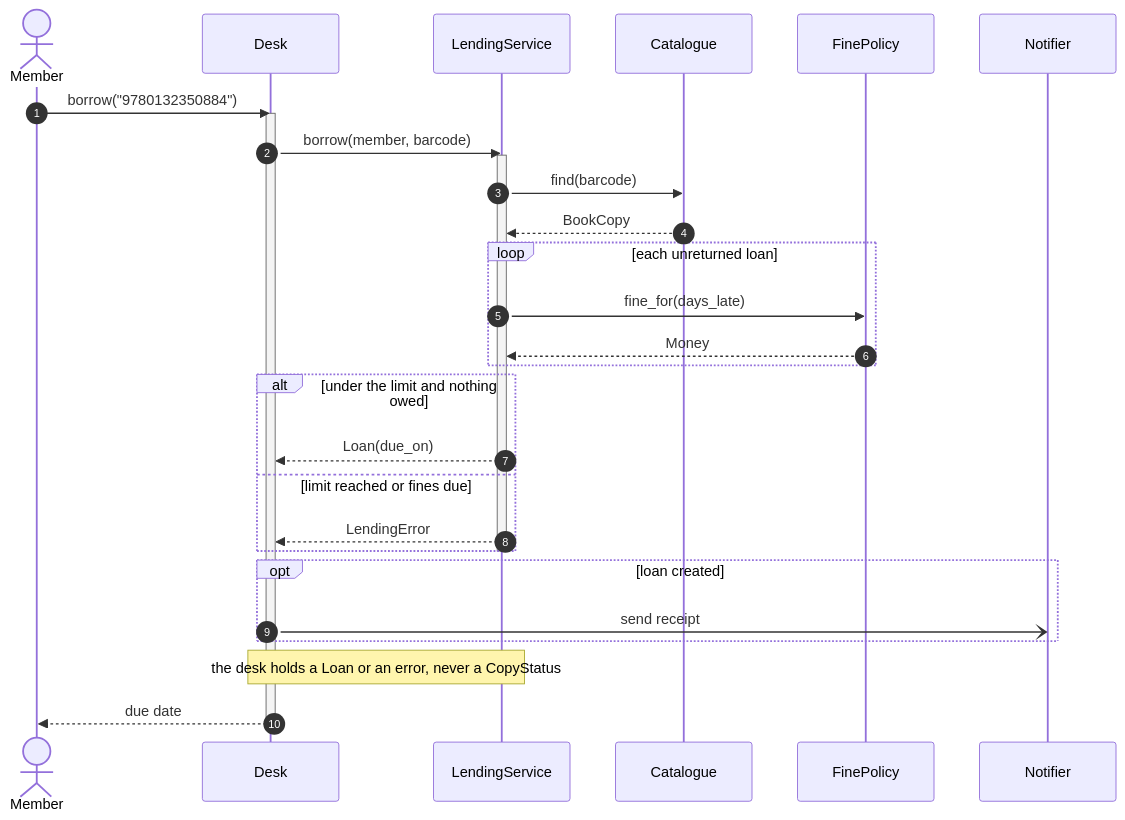
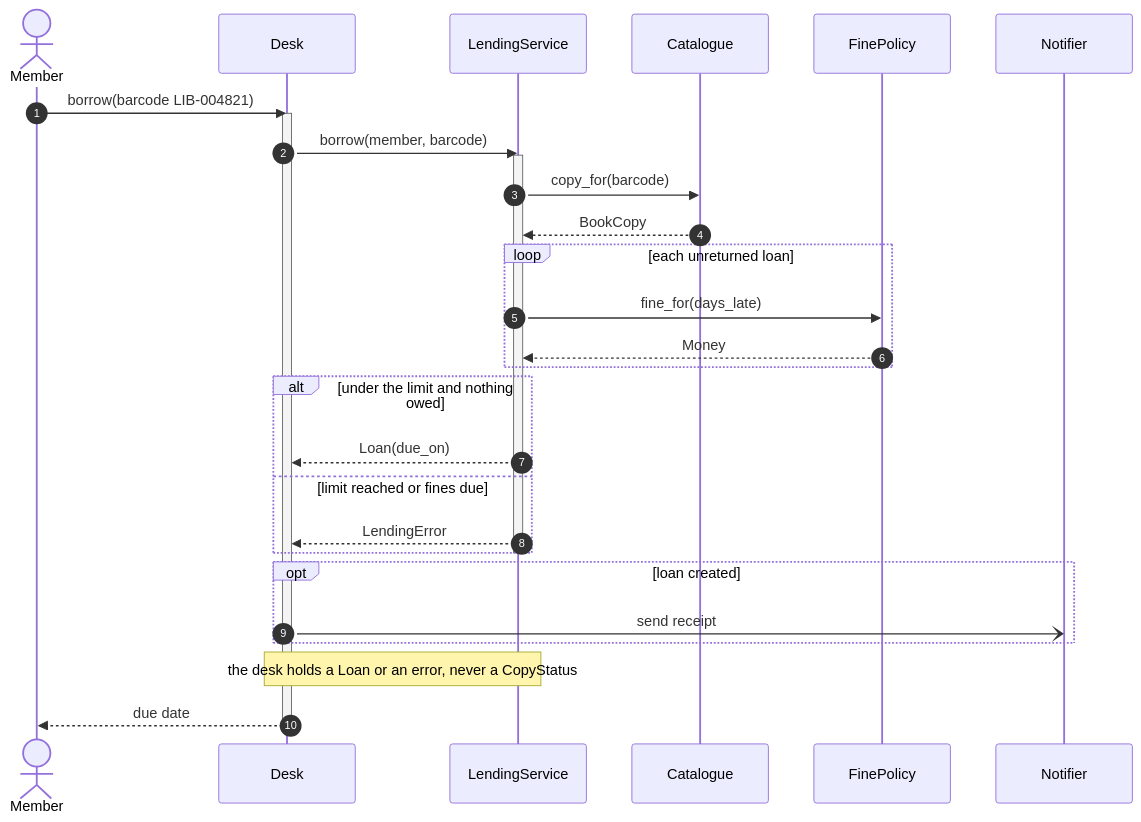
Before and after one commit to param087/hld-lld-interview-handbook: the second of 5 diagrams in docs/lld/fundamentals/uml-with-mermaid.md, drawn with Mermaid. The commit also changed other lines of this file and 8 other files, not shown here.

````diff
--- a/docs/lld/fundamentals/uml-with-mermaid.md
+++ b/docs/lld/fundamentals/uml-with-mermaid.md
@@ -123,32 +126,32 @@
 ```mermaid
 sequenceDiagram
     autonumber
     actor M as Member
     participant D as Desk
     participant L as LendingService
     participant C as Catalogue
     participant F as FinePolicy
     participant N as Notifier
-    M->>D: borrow("9780132350884")
+    M->>D: borrow(barcode LIB-004821)
     activate D
     D->>L: borrow(member, barcode)
     activate L
-    L->>C: find(barcode)
+    L->>C: copy_for(barcode)
     C-->>L: BookCopy
     loop each unreturned loan
         L->>F: fine_for(days_late)
         F-->>L: Money
     end
     alt under the limit and nothing owed
         L-->>D: Loan(due_on)
     else limit reached or fines due
         L-->>D: LendingError
     end
     deactivate L
     opt loan created
         D-)N: send receipt
     end
     Note over D,L: the desk holds a Loan or an error, never a CopyStatus
     D-->>M: due date
     deactivate D
 ```
````
